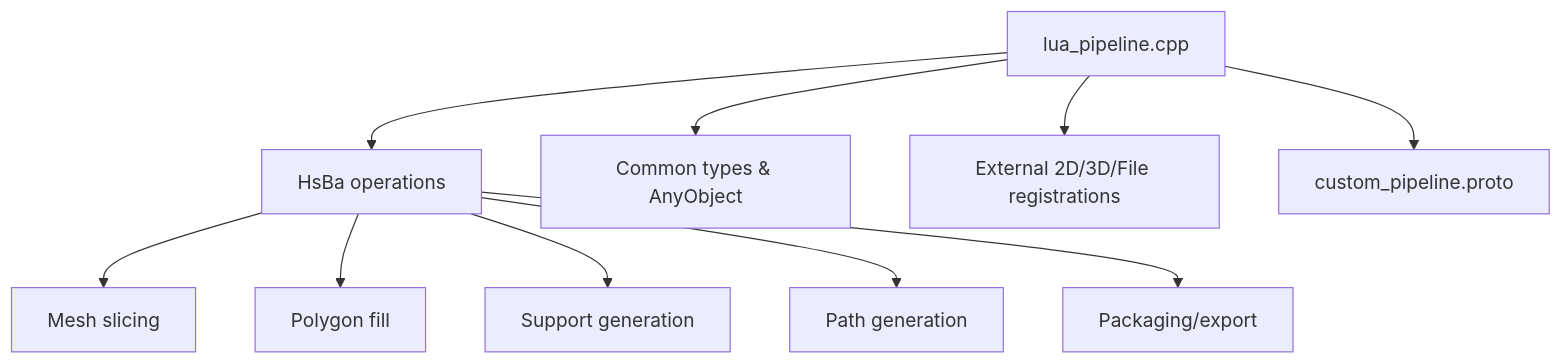
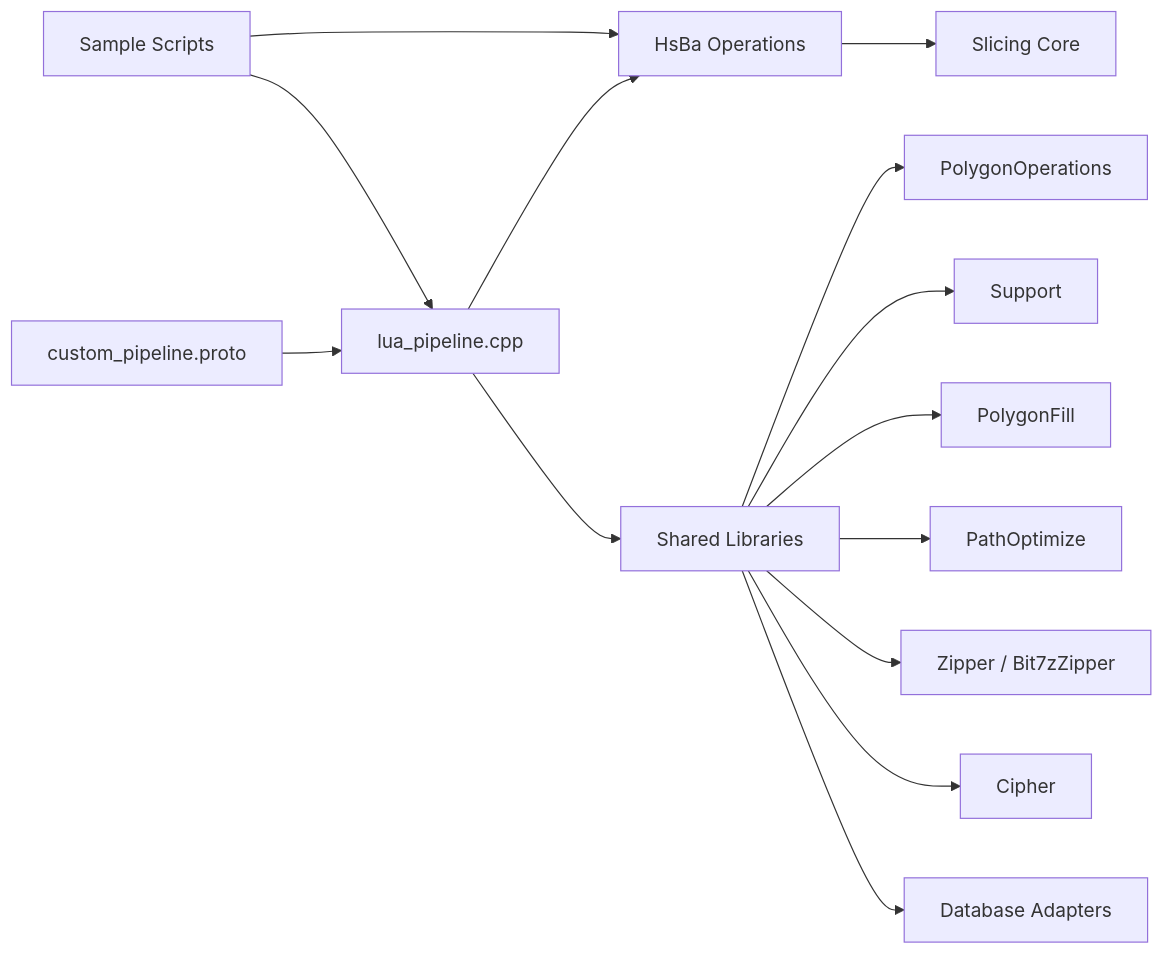
Before and after one commit to hsmbanlance/HsBaSlicer: the sixth of 6 diagrams in .qoder/repowiki/en/content/Lua Scripting System/Lua Scripting System.md, drawn with Mermaid. The commit also changed other lines of this file and 1135 other files, not shown here.

````diff
--- a/.qoder/repowiki/en/content/Lua Scripting System/Lua Scripting System.md
+++ b/.qoder/repowiki/en/content/Lua Scripting System/Lua Scripting System.md
@@ -440,12 +524,16 @@
 ```mermaid
-graph TB
-Driver["lua_pipeline.cpp"] --> Ops["HsBa operations"]
-Ops --> Slice["Mesh slicing"]
-Ops --> Fill["Polygon fill"]
-Ops --> Support["Support generation"]
-Ops --> Path["Path generation"]
-Ops --> Export["Packaging/export"]
-Driver --> Types["Common types & AnyObject"]
-Driver --> Ext["External 2D/3D/File registrations"]
-Driver --> Proto["custom_pipeline.proto"]
+graph LR
+Proto["custom_pipeline.proto"] --> Driver["lua_pipeline.cpp"]
+Driver --> Ops["HsBa Operations"]
+Ops --> Core["Slicing Core"]
+Driver --> Shared["Shared Libraries"]
+Shared --> PolyOps["PolygonOperations"]
+Shared --> SupportMod["Support"]
+Shared --> FillMod["PolygonFill"]
+Shared --> PathOpt["PathOptimize"]
+Shared --> Zip["Zipper / Bit7zZipper"]
+Shared --> Cipher["Cipher"]
+Shared --> DB["Database Adapters"]
+Samples["Sample Scripts"] --> Driver
+Samples --> Ops
 ```
````
